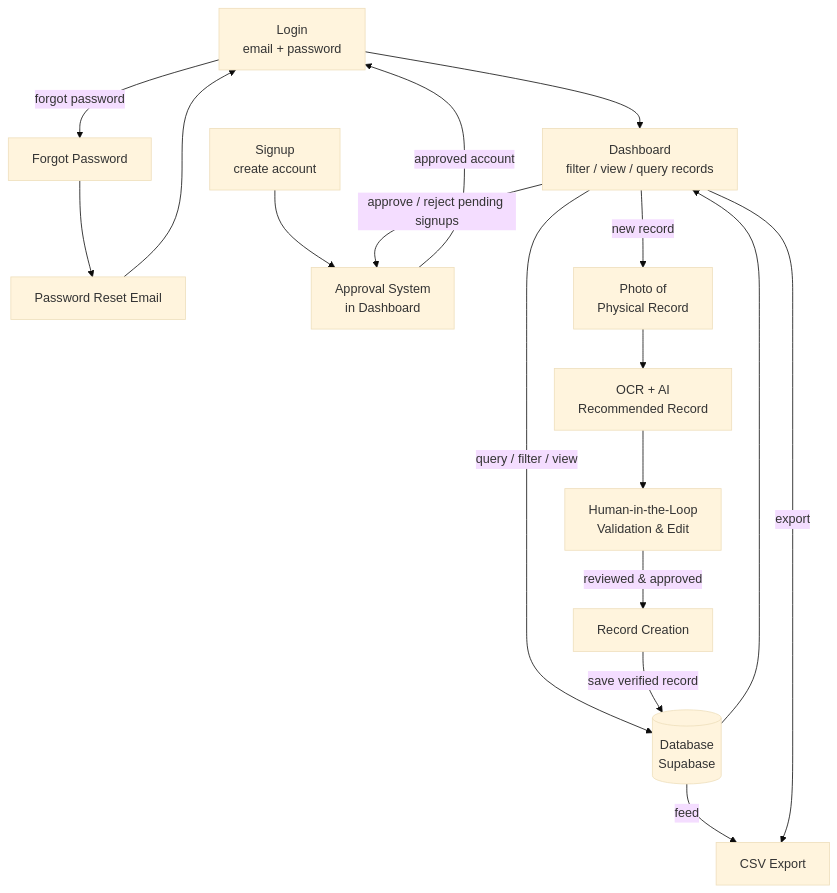
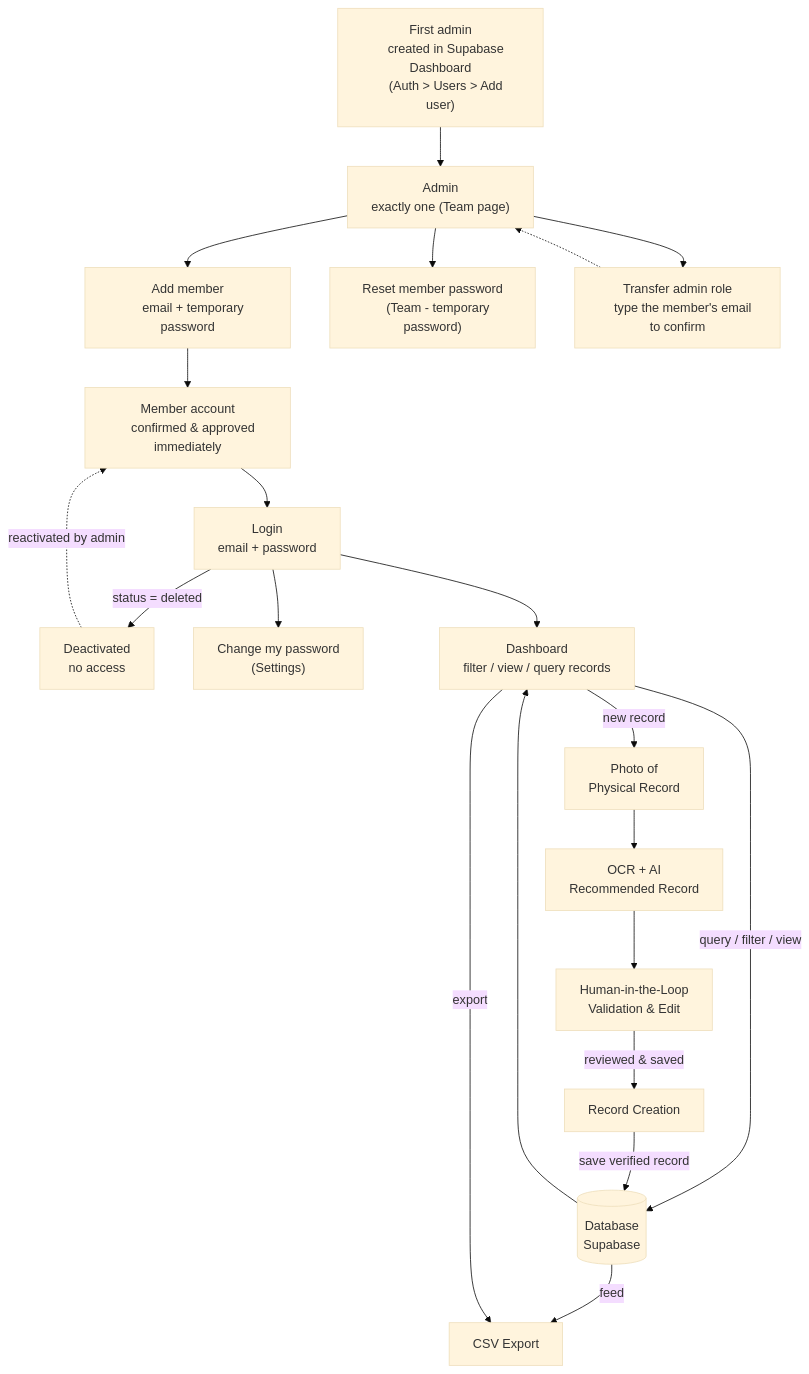
Before and after one commit to Monotonality/LapidaryArtsOCRPipeline: the diagram in docs/workflow-diagram.md, drawn with Mermaid (base theme). The commit also changed other lines of this file and 2 other files, not shown here.

Commit message:
Update docs: workflow diagram, README, and style guide for current admin-only account model

````diff
--- a/docs/workflow-diagram.md
+++ b/docs/workflow-diagram.md
@@ -3,42 +3,58 @@
 ```mermaid
 flowchart TD
+    FirstAdmin["First admin
+    created in Supabase Dashboard
+    (Auth > Users > Add user)"]
     Login["Login
     email + password"]
-    Signup["Signup
-    create account"]
-    Forgot["Forgot Password"]
-    EmailReset["Password Reset Email"]
-    Approval["Approval System
-    in Dashboard"]
+    Deactivated["Deactivated
+    no access"]
+    Admin["Admin
+    exactly one (Team page)"]
+    AddMember["Add member
+    email + temporary password"]
+    Member["Member account
+    confirmed & approved immediately"]
+    ChangePw["Change my password
+    (Settings)"]
+    ResetPw["Reset member password
+    (Team - temporary password)"]
+    Transfer["Transfer admin role
+    type the member's email to confirm"]
+
     Dash["Dashboard
     filter / view / query records"]
     DB[("Database
     Supabase")]
     CSV["CSV Export"]
 
     Create["Record Creation"]
     Validate["Human-in-the-Loop
     Validation & Edit"]
     OCR["OCR + AI
     Recommended Record"]
     Photo["Photo of
     Physical Record"]
 
-    Signup --> Approval
-    Approval -->|approved account| Login
-    Login -->|forgot password| Forgot
-    Forgot --> EmailReset
-    EmailReset --> Login
+    FirstAdmin --> Admin
+    Admin --> AddMember
+    Admin --> ResetPw
+    Admin --> Transfer
+    AddMember --> Member
+    Transfer -.-> Admin
+    Member --> Login
+    Login -->|status = deleted| Deactivated
+    Deactivated -.->|reactivated by admin| Member
+    Login --> ChangePw
     Login --> Dash
 
-    Dash -->|approve / reject pending signups| Approval
     Dash -->|query / filter / view| DB
     DB -->|feed| CSV
     Dash -->|export| CSV
     Dash -->|new record| Photo
     Photo --> OCR
     OCR --> Validate
-    Validate -->|reviewed & approved| Create
+    Validate -->|reviewed & saved| Create
     Create -->|save verified record| DB
     DB --> Dash
 ```
````
